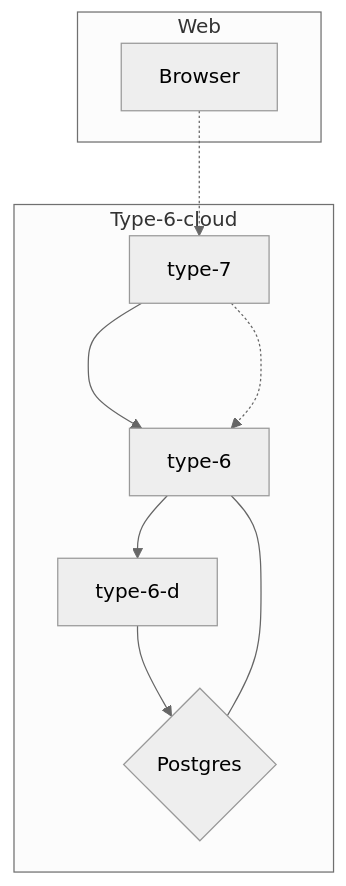
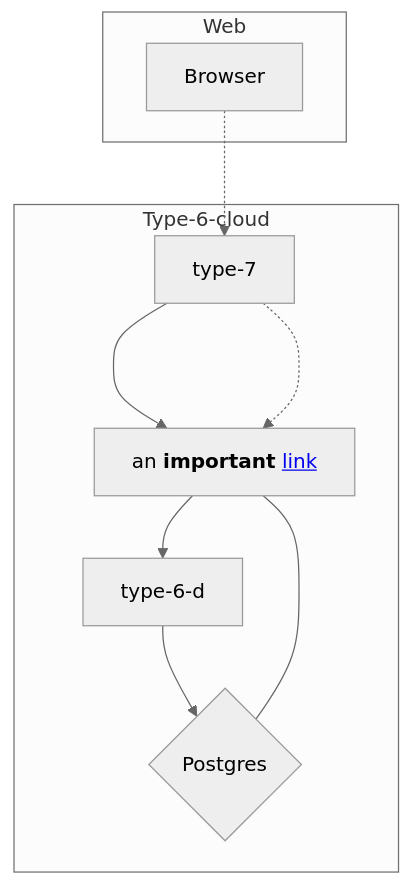
Before and after one commit to timattt/TypeSixCloud: the diagram in Readme.md, drawn with Mermaid (neutral theme).

````diff
--- a/Readme.md
+++ b/Readme.md
@@ -7,14 +7,13 @@
 ```mermaid
 graph TD;
  subgraph Type-6-cloud
-    type-6 --> type-6-d;
+    type-6[an <b>important</b> <a href='http://google.com'>link</a>] --> type-6-d;
     type-7 ---> type-6;
     type-7 -.-> type-6;
     di{Postgres} --- type-6;
     type-6-d --> di{Postgres};
  end
  subgraph Web
    Browser -.-> type-7
  end
-click type-6 href "http://www.github.com" "This is a tooltip for a link" _blank
 ```
````
